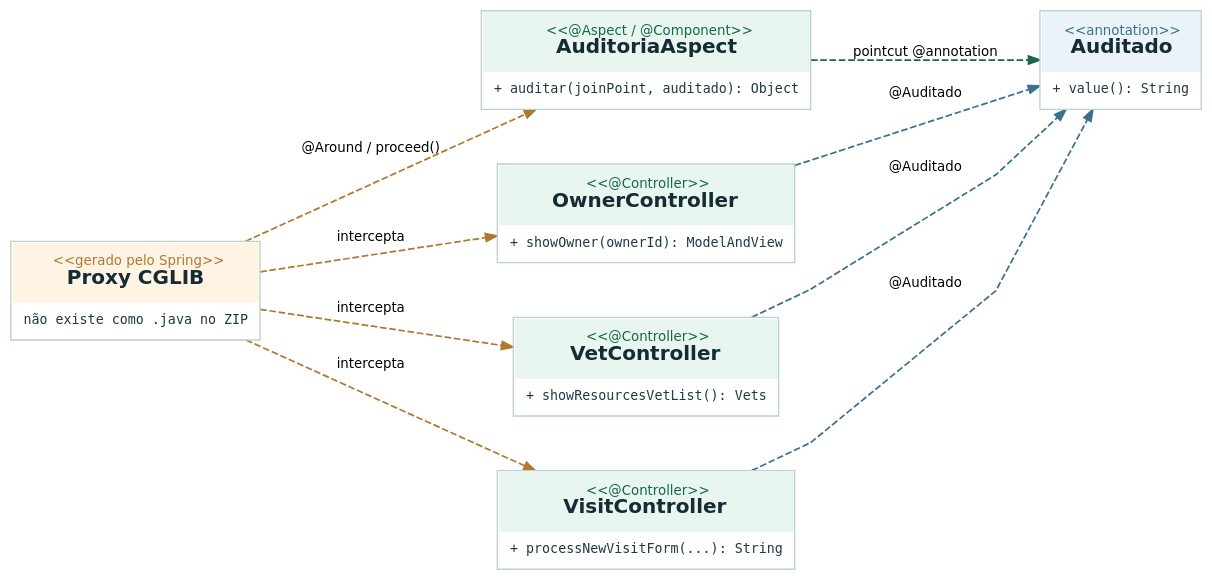
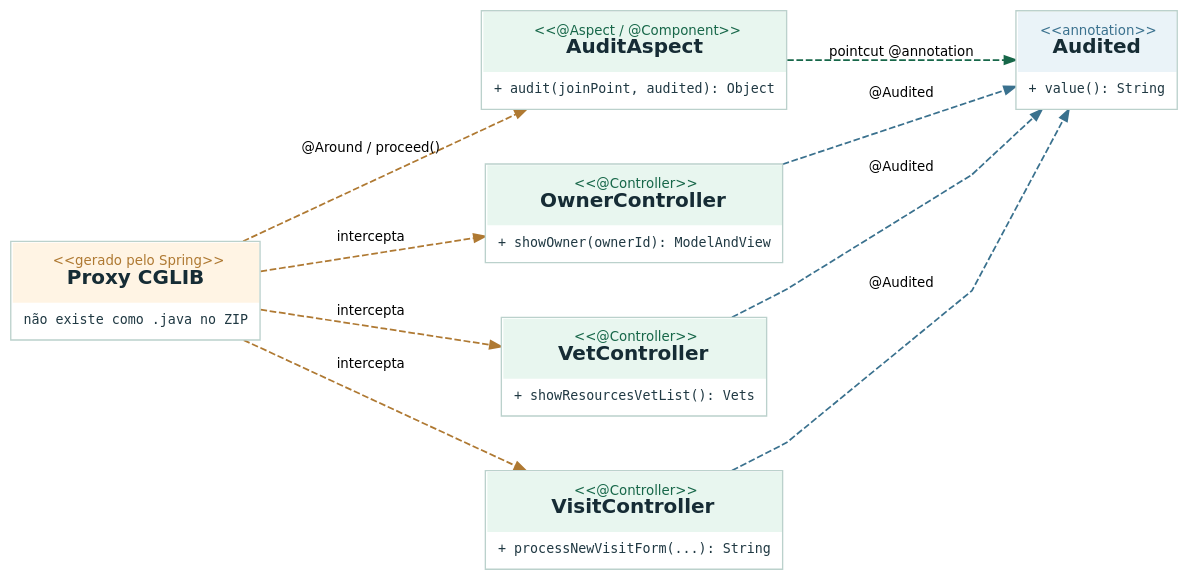
Before and after one commit to GabrielKayran/spring-petclinic: the diagram in docs/uml/dot/07_classes_aop.dot, drawn with Graphviz. The commit also changed 115 other files, not shown here.

```diff
--- a/docs/uml/dot/07_classes_aop.dot
+++ b/docs/uml/dot/07_classes_aop.dot
@@ -1,20 +1,20 @@
 digraph G {
   graph [rankdir=LR, bgcolor="transparent", pad="0.32", nodesep=.57, ranksep=.92, splines=polyline, outputorder=edgesfirst, fontname="DejaVu Sans", fontsize=12];
   node [shape=plain, fontname="DejaVu Sans"];
   edge [color="#5C7280", fontname="DejaVu Sans", fontsize=10, arrowsize=.85, penwidth=1.3];
-  Ann [label=<<TABLE BORDER="1" CELLBORDER="0" CELLSPACING="0" CELLPADDING="1" COLOR="#BBD1CC" BGCOLOR="#FFFFFF"><TR><TD BGCOLOR="#EAF3F8" CELLPADDING="10" ALIGN="CENTER"><FONT FACE="DejaVu Sans" COLOR="#3A718E" POINT-SIZE="10">&lt;&lt;annotation&gt;&gt;</FONT><BR/><FONT FACE="DejaVu Sans" COLOR="#162C35" POINT-SIZE="15"><B>Auditado</B></FONT></TD></TR><TR><TD ALIGN="LEFT" CELLPADDING="8"><FONT FACE="DejaVu Sans Mono" POINT-SIZE="10" COLOR="#203943">+ value(): String</FONT></TD></TR></TABLE>>];
-  Asp [label=<<TABLE BORDER="1" CELLBORDER="0" CELLSPACING="0" CELLPADDING="1" COLOR="#BBD1CC" BGCOLOR="#FFFFFF"><TR><TD BGCOLOR="#E8F6EF" CELLPADDING="10" ALIGN="CENTER"><FONT FACE="DejaVu Sans" COLOR="#176749" POINT-SIZE="10">&lt;&lt;@Aspect / @Component&gt;&gt;</FONT><BR/><FONT FACE="DejaVu Sans" COLOR="#162C35" POINT-SIZE="15"><B>AuditoriaAspect</B></FONT></TD></TR><TR><TD ALIGN="LEFT" CELLPADDING="8"><FONT FACE="DejaVu Sans Mono" POINT-SIZE="10" COLOR="#203943">+ auditar(joinPoint, auditado): Object</FONT></TD></TR></TABLE>>];
+  Ann [label=<<TABLE BORDER="1" CELLBORDER="0" CELLSPACING="0" CELLPADDING="1" COLOR="#BBD1CC" BGCOLOR="#FFFFFF"><TR><TD BGCOLOR="#EAF3F8" CELLPADDING="10" ALIGN="CENTER"><FONT FACE="DejaVu Sans" COLOR="#3A718E" POINT-SIZE="10">&lt;&lt;annotation&gt;&gt;</FONT><BR/><FONT FACE="DejaVu Sans" COLOR="#162C35" POINT-SIZE="15"><B>Audited</B></FONT></TD></TR><TR><TD ALIGN="LEFT" CELLPADDING="8"><FONT FACE="DejaVu Sans Mono" POINT-SIZE="10" COLOR="#203943">+ value(): String</FONT></TD></TR></TABLE>>];
+  Asp [label=<<TABLE BORDER="1" CELLBORDER="0" CELLSPACING="0" CELLPADDING="1" COLOR="#BBD1CC" BGCOLOR="#FFFFFF"><TR><TD BGCOLOR="#E8F6EF" CELLPADDING="10" ALIGN="CENTER"><FONT FACE="DejaVu Sans" COLOR="#176749" POINT-SIZE="10">&lt;&lt;@Aspect / @Component&gt;&gt;</FONT><BR/><FONT FACE="DejaVu Sans" COLOR="#162C35" POINT-SIZE="15"><B>AuditAspect</B></FONT></TD></TR><TR><TD ALIGN="LEFT" CELLPADDING="8"><FONT FACE="DejaVu Sans Mono" POINT-SIZE="10" COLOR="#203943">+ audit(joinPoint, audited): Object</FONT></TD></TR></TABLE>>];
   OwnerC [label=<<TABLE BORDER="1" CELLBORDER="0" CELLSPACING="0" CELLPADDING="1" COLOR="#BBD1CC" BGCOLOR="#FFFFFF"><TR><TD BGCOLOR="#E8F6EF" CELLPADDING="10" ALIGN="CENTER"><FONT FACE="DejaVu Sans" COLOR="#176749" POINT-SIZE="10">&lt;&lt;@Controller&gt;&gt;</FONT><BR/><FONT FACE="DejaVu Sans" COLOR="#162C35" POINT-SIZE="15"><B>OwnerController</B></FONT></TD></TR><TR><TD ALIGN="LEFT" CELLPADDING="8"><FONT FACE="DejaVu Sans Mono" POINT-SIZE="10" COLOR="#203943">+ showOwner(ownerId): ModelAndView</FONT></TD></TR></TABLE>>];
   VetC [label=<<TABLE BORDER="1" CELLBORDER="0" CELLSPACING="0" CELLPADDING="1" COLOR="#BBD1CC" BGCOLOR="#FFFFFF"><TR><TD BGCOLOR="#E8F6EF" CELLPADDING="10" ALIGN="CENTER"><FONT FACE="DejaVu Sans" COLOR="#176749" POINT-SIZE="10">&lt;&lt;@Controller&gt;&gt;</FONT><BR/><FONT FACE="DejaVu Sans" COLOR="#162C35" POINT-SIZE="15"><B>VetController</B></FONT></TD></TR><TR><TD ALIGN="LEFT" CELLPADDING="8"><FONT FACE="DejaVu Sans Mono" POINT-SIZE="10" COLOR="#203943">+ showResourcesVetList(): Vets</FONT></TD></TR></TABLE>>];
   VisitC [label=<<TABLE BORDER="1" CELLBORDER="0" CELLSPACING="0" CELLPADDING="1" COLOR="#BBD1CC" BGCOLOR="#FFFFFF"><TR><TD BGCOLOR="#E8F6EF" CELLPADDING="10" ALIGN="CENTER"><FONT FACE="DejaVu Sans" COLOR="#176749" POINT-SIZE="10">&lt;&lt;@Controller&gt;&gt;</FONT><BR/><FONT FACE="DejaVu Sans" COLOR="#162C35" POINT-SIZE="15"><B>VisitController</B></FONT></TD></TR><TR><TD ALIGN="LEFT" CELLPADDING="8"><FONT FACE="DejaVu Sans Mono" POINT-SIZE="10" COLOR="#203943">+ processNewVisitForm(...): String</FONT></TD></TR></TABLE>>];
   Proxy [label=<<TABLE BORDER="1" CELLBORDER="0" CELLSPACING="0" CELLPADDING="1" COLOR="#BBD1CC" BGCOLOR="#FFFFFF"><TR><TD BGCOLOR="#FFF4E4" CELLPADDING="10" ALIGN="CENTER"><FONT FACE="DejaVu Sans" COLOR="#AF7932" POINT-SIZE="10">&lt;&lt;gerado pelo Spring&gt;&gt;</FONT><BR/><FONT FACE="DejaVu Sans" COLOR="#162C35" POINT-SIZE="15"><B>Proxy CGLIB</B></FONT></TD></TR><TR><TD ALIGN="LEFT" CELLPADDING="8"><FONT FACE="DejaVu Sans Mono" POINT-SIZE="10" COLOR="#203943">não existe como .java no ZIP</FONT></TD></TR></TABLE>>];
   {rank=same; OwnerC; VetC; VisitC;}
   Asp -> Ann [label="pointcut @annotation", style=dashed, color="#176749"];
-  OwnerC -> Ann [label="@Auditado", color="#3A718E", style=dashed, constraint=false];
+  OwnerC -> Ann [label="@Audited", color="#3A718E", style=dashed, constraint=false];
   Proxy -> OwnerC [label="intercepta", color="#AF7932",style=dashed];
-  VetC -> Ann [label="@Auditado", color="#3A718E", style=dashed, constraint=false];
+  VetC -> Ann [label="@Audited", color="#3A718E", style=dashed, constraint=false];
   Proxy -> VetC [label="intercepta", color="#AF7932",style=dashed];
-  VisitC -> Ann [label="@Auditado", color="#3A718E", style=dashed, constraint=false];
+  VisitC -> Ann [label="@Audited", color="#3A718E", style=dashed, constraint=false];
   Proxy -> VisitC [label="intercepta", color="#AF7932",style=dashed];
   Proxy -> Asp [label="@Around / proceed()",color="#AF7932",style=dashed];
 }
```
